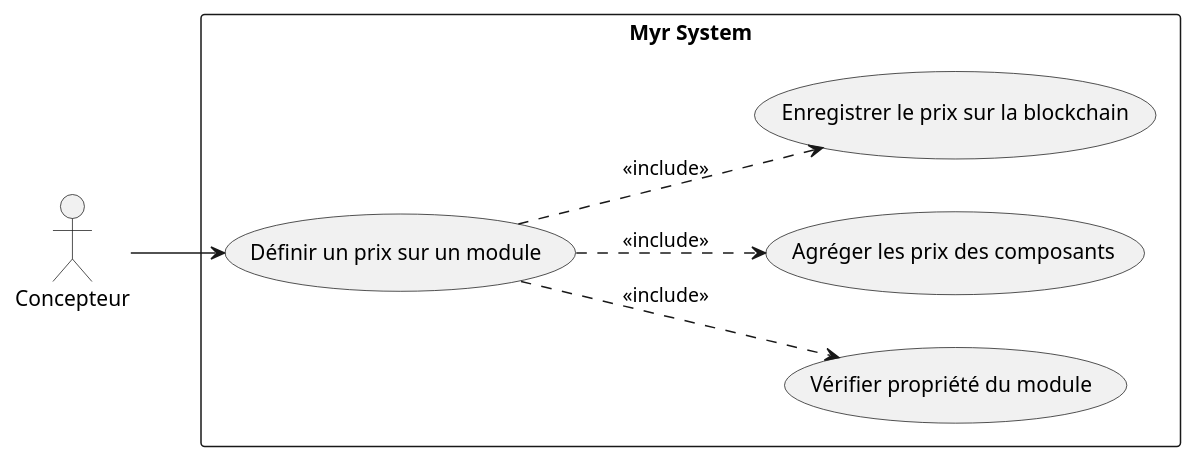
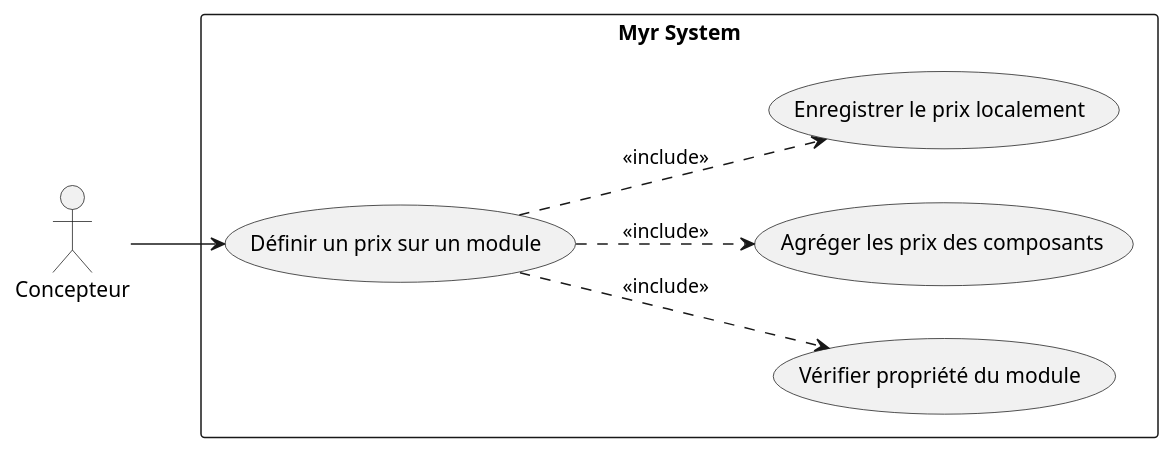
The first of 2 diagrams in specs/2-Analyse/UCPI-Propriete_Intellectuelle/UCPI05.md (olivaux/myr), drawn with PlantUML before and after one commit. The commit also changed other lines of this file and 72 other files, not shown here.

````diff
--- a/specs/2-Analyse/UCPI-Propriete_Intellectuelle/UCPI05.md
+++ b/specs/2-Analyse/UCPI-Propriete_Intellectuelle/UCPI05.md
@@ -14,20 +14,20 @@
 ```plantuml
 @startuml
 left to right direction
 
 actor "Concepteur" as C
 
 rectangle "Myr System" {
     usecase "Définir un prix sur un module" as UC1
     usecase "Vérifier propriété du module" as UC2
     usecase "Agréger les prix des composants" as UC3
-    usecase "Enregistrer le prix sur la blockchain" as UC4
+    usecase "Enregistrer le prix localement" as UC4
 }
 
 C --> UC1
 UC1 ..> UC2 : <<include>>
 UC1 ..> UC3 : <<include>>
 UC1 ..> UC4 : <<include>>
 
 @enduml
 ```
````
